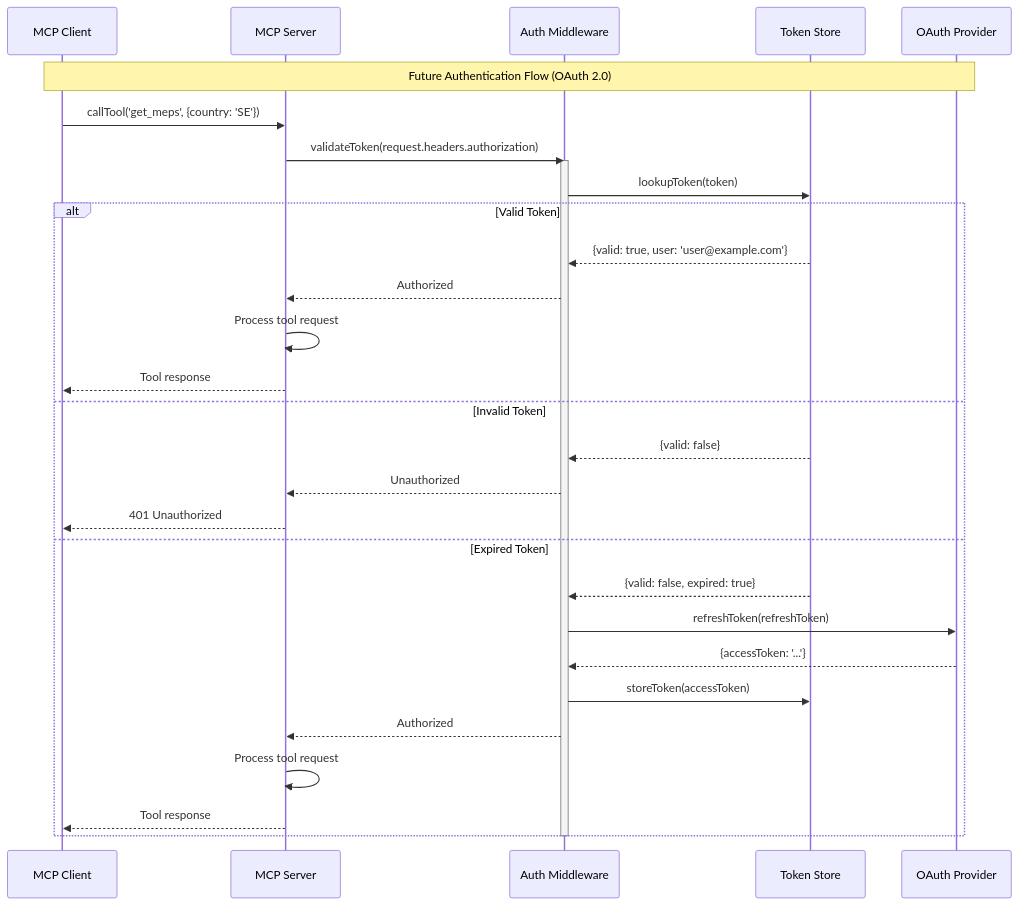
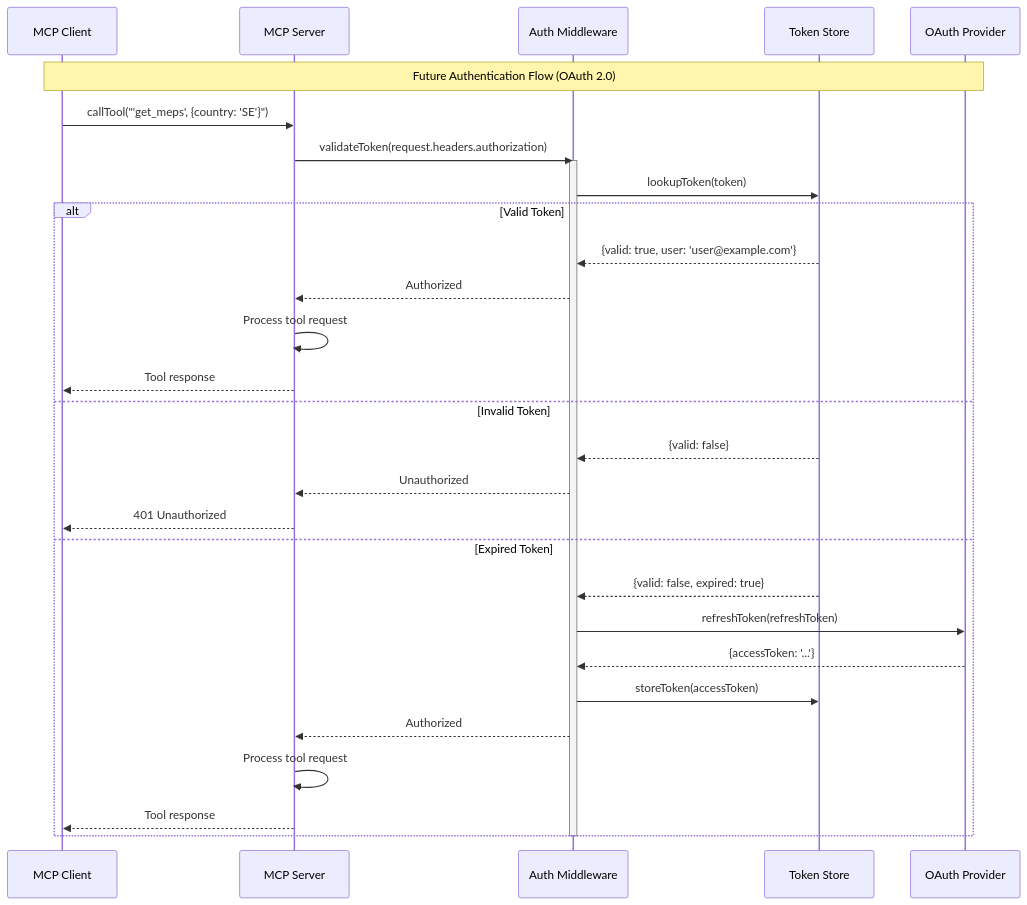
One commit to Hack23/European-Parliament-MCP-Server changed the fifth of 14 diagrams in docs/api/media/ARCHITECTURE_DIAGRAMS.md. Above: the diagram before and after it, drawn with Mermaid. The commit also changed other lines of this file and 2197 other files, not shown here.

````diff
--- a/docs/api/media/ARCHITECTURE_DIAGRAMS.md
+++ b/docs/api/media/ARCHITECTURE_DIAGRAMS.md
@@ -398,37 +398,37 @@
 ```mermaid
 sequenceDiagram
     participant Client as MCP Client
     participant Server as MCP Server
     participant Auth as Auth Middleware
     participant TokenStore as Token Store
     participant OAuth as OAuth Provider
     
     Note over Client,OAuth: Future Authentication Flow (OAuth 2.0)
     
-    Client->>Server: callTool('get_meps', {country: 'SE'})
+    Client->>Server: callTool("'get_meps', {country: 'SE'}")
     Server->>Auth: validateToken(request.headers.authorization)
     activate Auth
     
     Auth->>TokenStore: lookupToken(token)
     
     alt Valid Token
         TokenStore-->>Auth: {valid: true, user: 'user@example.com'}
         Auth-->>Server: Authorized
         Server->>Server: Process tool request
         Server-->>Client: Tool response
     else Invalid Token
         TokenStore-->>Auth: {valid: false}
         Auth-->>Server: Unauthorized
         Server-->>Client: 401 Unauthorized
     else Expired Token
         TokenStore-->>Auth: {valid: false, expired: true}
         Auth->>OAuth: refreshToken(refreshToken)
         OAuth-->>Auth: {accessToken: '...'}
         Auth->>TokenStore: storeToken(accessToken)
         Auth-->>Server: Authorized
         Server->>Server: Process tool request
         Server-->>Client: Tool response
     end
     
     deactivate Auth
 ```
````
